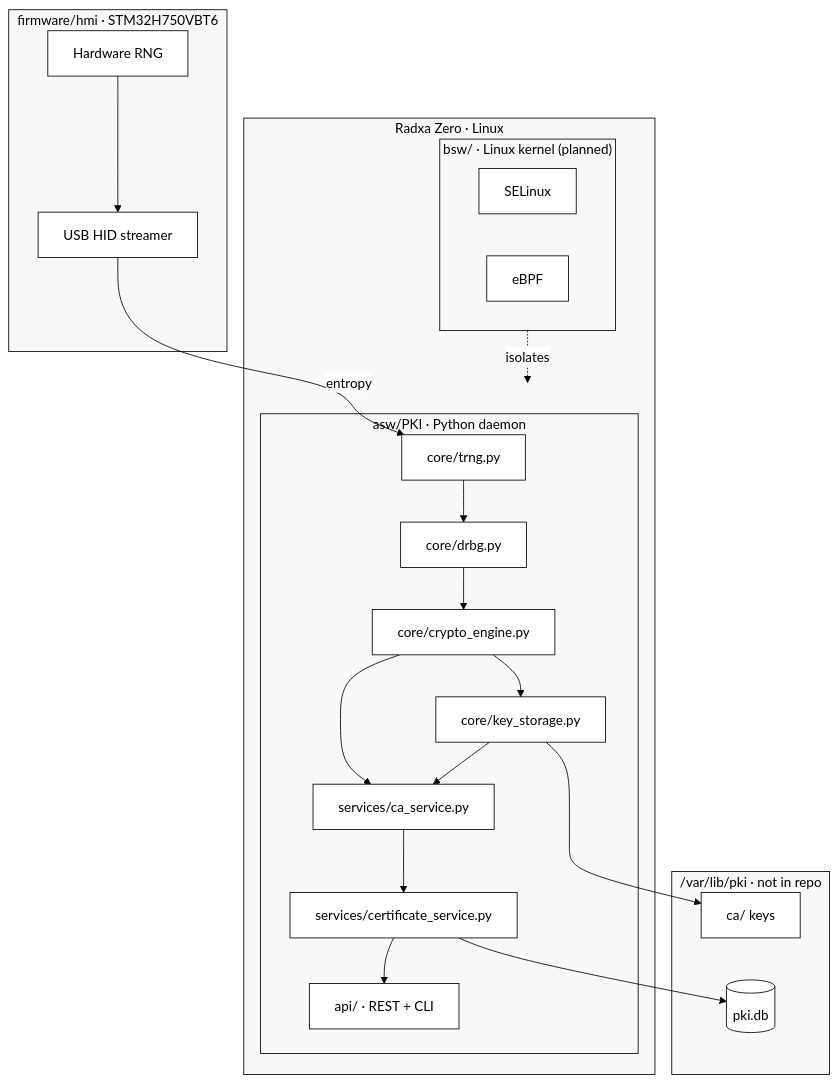
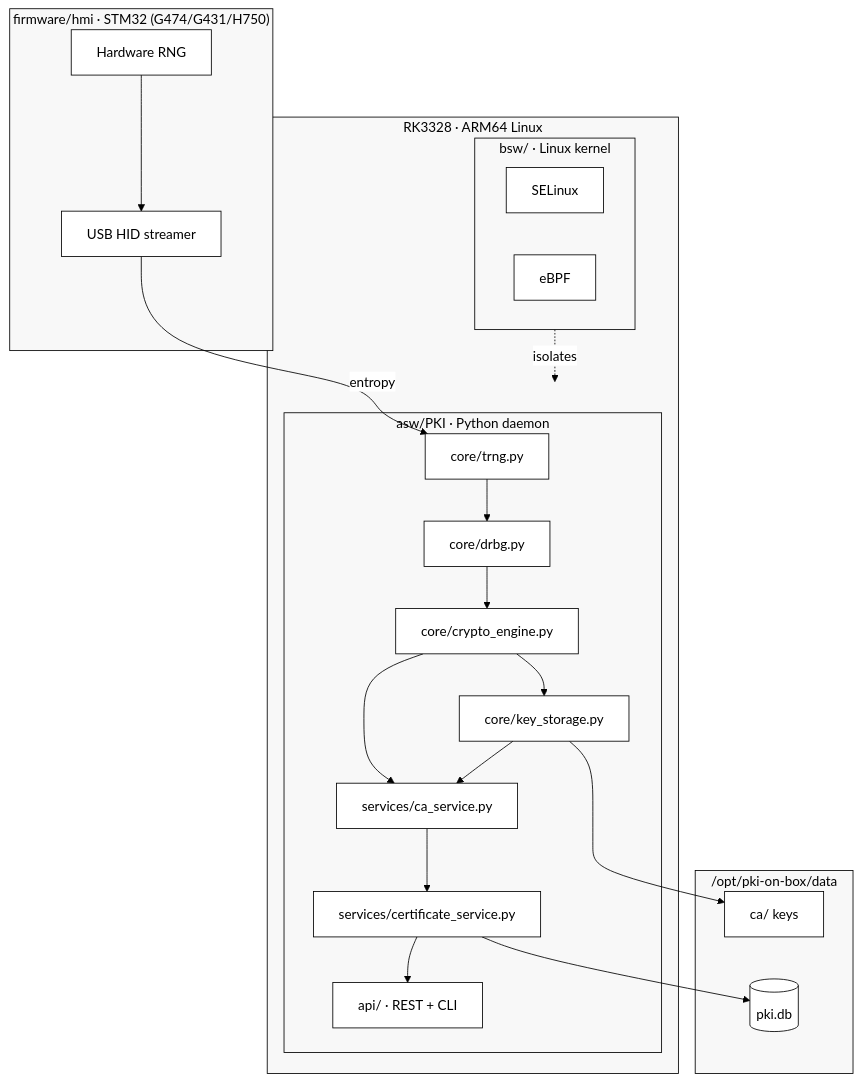
The diagram in README.md (vasilievsv/hw.pki-on-box), drawn with Mermaid before and after one commit. The commit also changed other lines of this file and 5 other files, not shown here.

````diff
--- a/README.md
+++ b/README.md
@@ -55,39 +62,39 @@
 ```mermaid
 %%{init: {'theme': 'base', 'themeVariables': {'primaryColor': '#ffffff', 'primaryTextColor': '#000000', 'primaryBorderColor': '#000000', 'lineColor': '#000000', 'secondaryColor': '#f0f0f0', 'tertiaryColor': '#ffffff', 'background': '#ffffff', 'mainBkg': '#ffffff', 'nodeBorder': '#000000', 'clusterBkg': '#f8f8f8', 'clusterBorder': '#000000', 'titleColor': '#000000', 'edgeLabelBackground': '#ffffff'}}}%%
 graph TB
-    subgraph HMI["firmware/hmi · STM32H750VBT6"]
+    subgraph HMI["firmware/hmi · STM32 (G474/G431/H750)"]
         TRNG_HW[Hardware RNG] --> USB_HID[USB HID streamer]
     end
 
-    subgraph SBC["Radxa Zero · Linux"]
+    subgraph SBC["RK3328 · ARM64 Linux"]
         subgraph ASW["asw/PKI · Python daemon"]
             TRNG[core/trng.py]
             DRBG[core/drbg.py]
             CRYPTO[core/crypto_engine.py]
             KEYS[core/key_storage.py]
             CA[services/ca_service.py]
             CERT[services/certificate_service.py]
             API[api/ · REST + CLI]
 
             TRNG --> DRBG --> CRYPTO --> KEYS
             CRYPTO --> CA --> CERT --> API
             KEYS --> CA
         end
 
-        subgraph BSW["bsw/ · Linux kernel (planned)"]
+        subgraph BSW["bsw/ · Linux kernel"]
             SELINUX[SELinux]
             EBPF[eBPF]
         end
     end
 
-    subgraph STORAGE["/var/lib/pki · not in repo"]
+    subgraph STORAGE["/opt/pki-on-box/data"]
         CA_KEYS[ca/ keys]
         DB[(pki.db)]
         CA_KEYS ~~~ DB
     end
 
     USB_HID -->|entropy| TRNG
     BSW -. isolates .-> ASW
     KEYS --> CA_KEYS
     CERT --> DB
 ```
````
